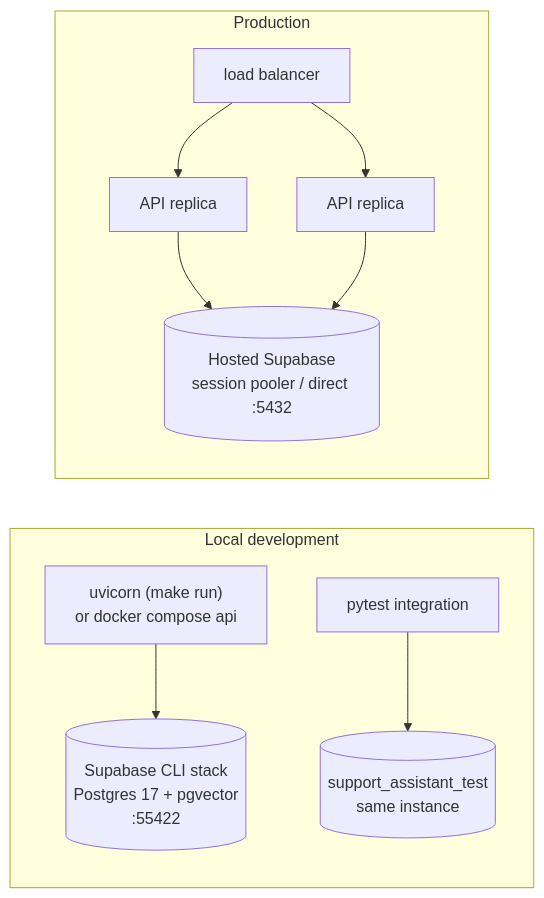
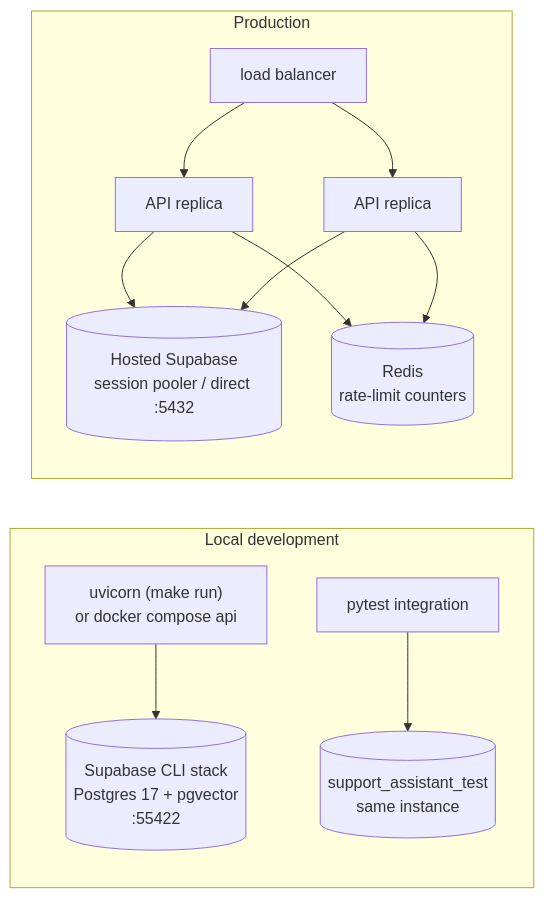
Diagram 12 of 12 in architecture.md (getBrijendra/customer-support-agent), drawn with Mermaid before and after one commit. The commit also changed other lines of this file, not shown here.

````diff
--- a/architecture.md
+++ b/architecture.md
@@ -506,14 +530,16 @@
 ```mermaid
 flowchart LR
     subgraph local["Local development"]
         dev["uvicorn (make run)<br/>or docker compose api"] --> sb[("Supabase CLI stack<br/>Postgres 17 + pgvector<br/>:55422")]
         tests["pytest integration"] --> sbt[("support_assistant_test<br/>same instance")]
     end
 
     subgraph prod["Production"]
         lb["load balancer"] --> a1["API replica"]
         lb --> a2["API replica"]
         a1 --> hs[("Hosted Supabase<br/>session pooler / direct :5432")]
         a2 --> hs
+        a1 --> rd[("Redis<br/>rate-limit counters")]
+        a2 --> rd
     end
 ```
````
